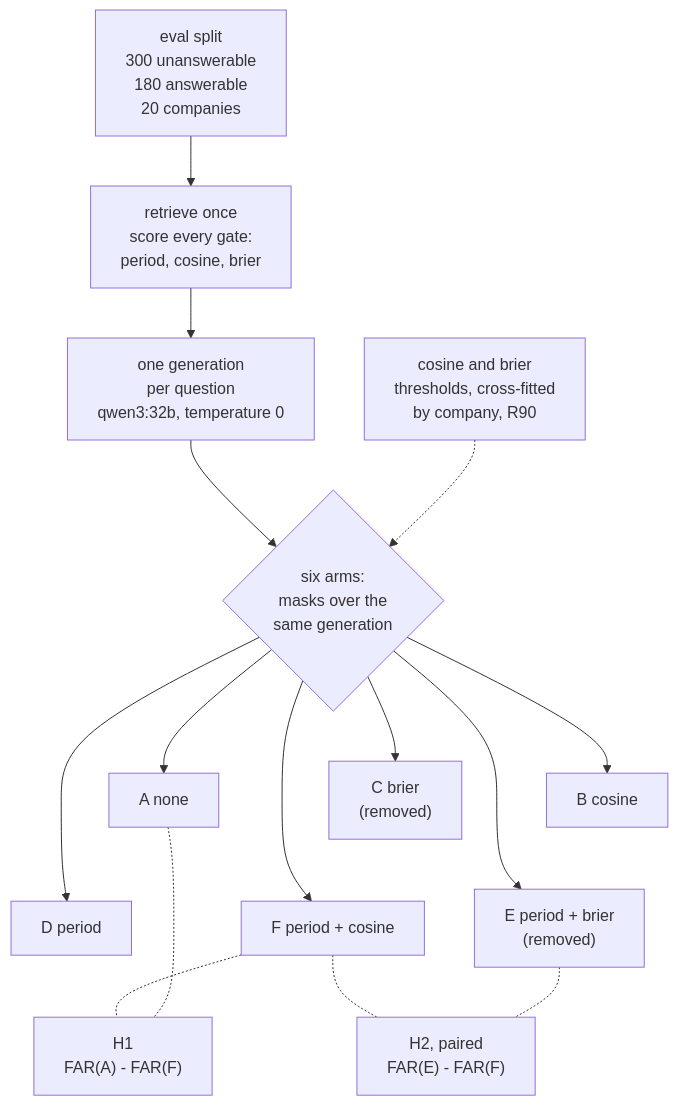
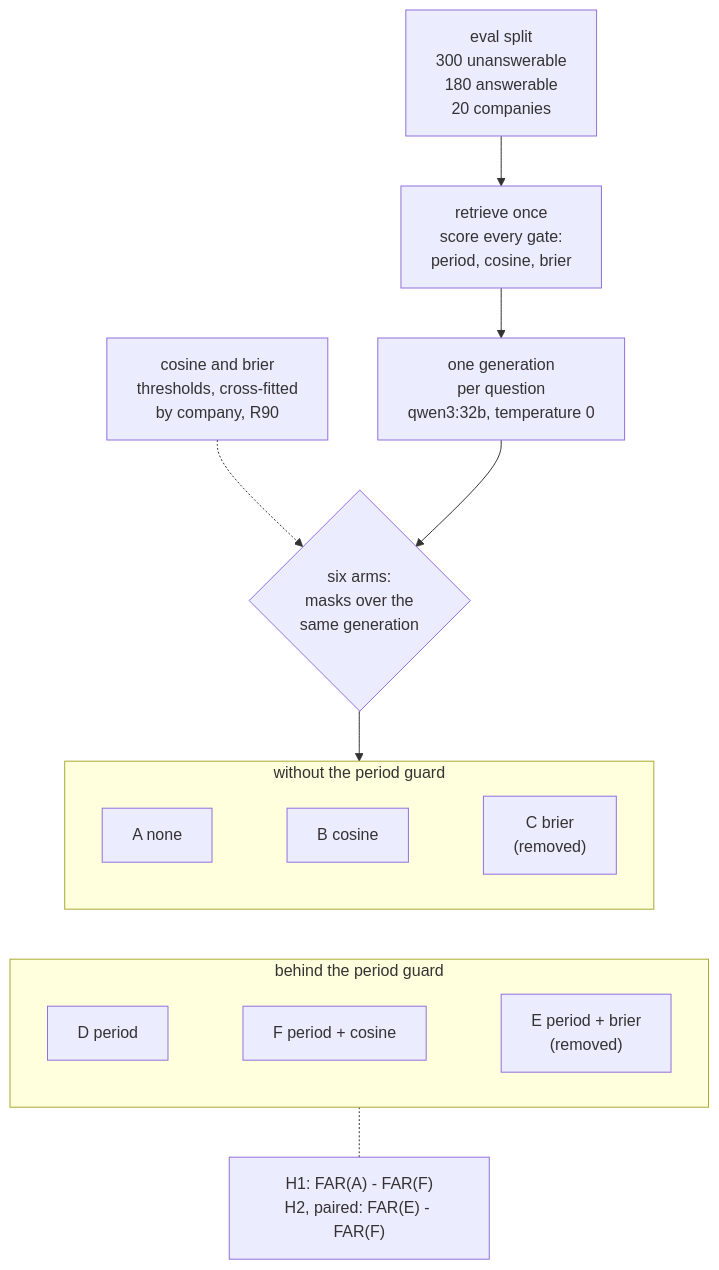
Before and after one commit to Rodrigo-Palma/edgar-rag: the first of 4 diagrams in README.md, drawn with Mermaid.

Commit message:
docs: align the evaluation arms by whether the period guard runs

````diff
--- a/README.md
+++ b/README.md
@@ -38,14 +38,18 @@
 ```mermaid
 flowchart TD
   Q["eval split<br/>300 unanswerable<br/>180 answerable<br/>20 companies"] --> R["retrieve once<br/>score every gate:<br/>period, cosine, brier"]
   R --> G["one generation<br/>per question<br/>qwen3:32b, temperature 0"]
   T["cosine and brier<br/>thresholds, cross-fitted<br/>by company, R90"] -.-> M
   G --> M{"six arms:<br/>masks over the<br/>same generation"}
-  M --> A["A none"] & B["B cosine"] & C["C brier<br/>(removed)"]
-  A ~~~ D["D period"]
-  B ~~~ E["E period + brier<br/>(removed)"]
-  C ~~~ F["F period + cosine"]
-  M --> D & E & F
-  A & F -.- H1["H1<br/>FAR(A) - FAR(F)"]
-  E & F -.- H2["H2, paired<br/>FAR(E) - FAR(F)"]
+  subgraph without["without the period guard"]
+    direction LR
+    A["A none"] ~~~ B["B cosine"] ~~~ C["C brier<br/>(removed)"]
+  end
+  subgraph with["behind the period guard"]
+    direction LR
+    D["D period"] ~~~ F["F period + cosine"] ~~~ E["E period + brier<br/>(removed)"]
+  end
+  M --> without
+  without ~~~ with
+  with -.- H["H1: FAR(A) - FAR(F)<br/>H2, paired: FAR(E) - FAR(F)"]
 ```
````
